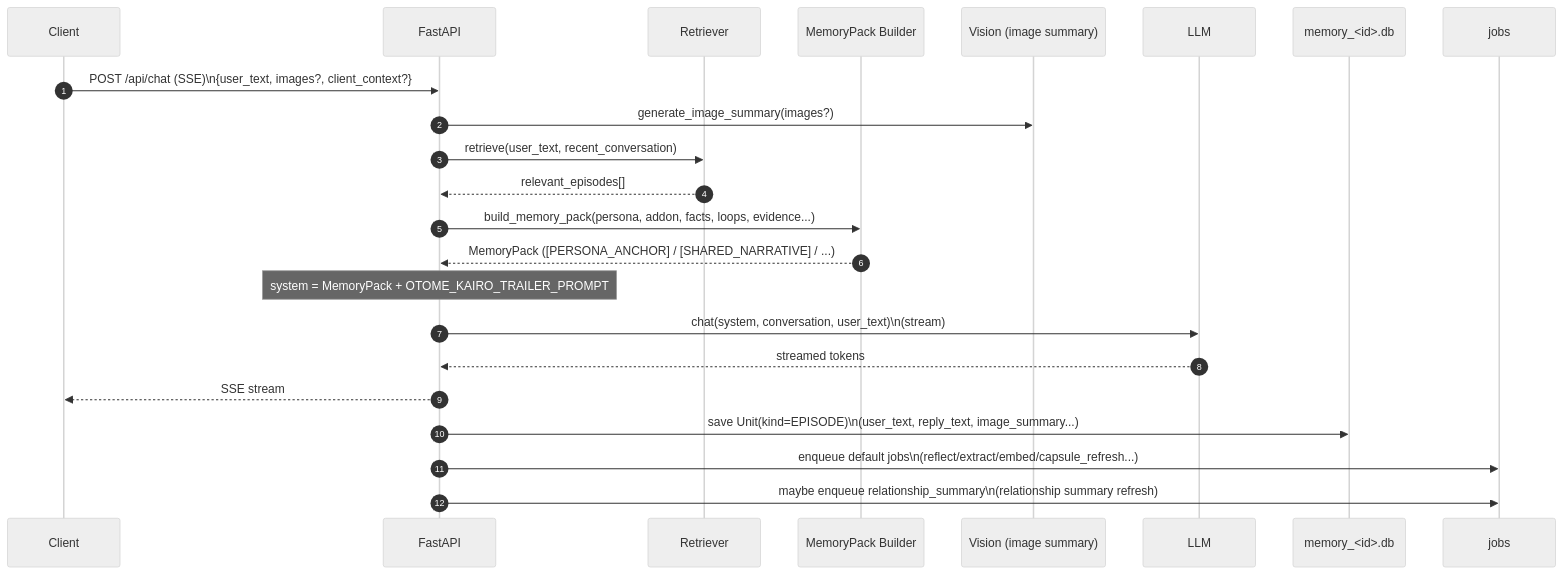
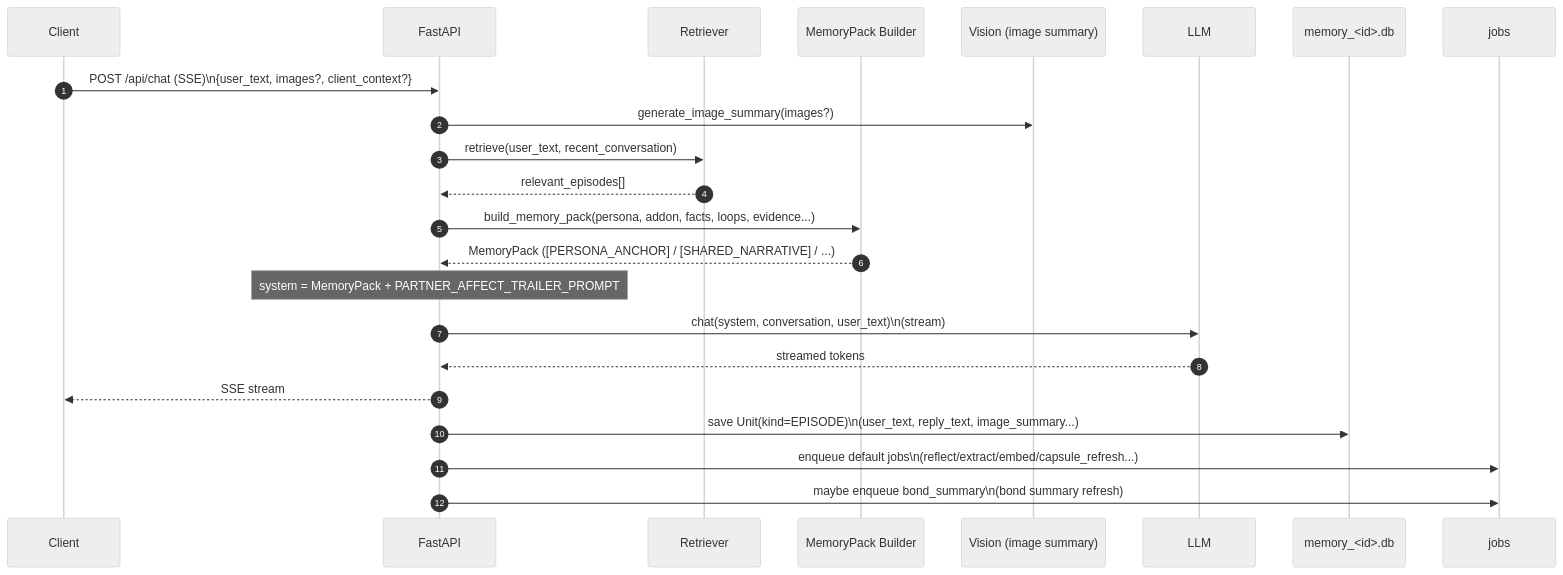
The third of 4 diagrams in docs/prompt_usage_map.md (hirona98/cocoro_ghost), drawn with Mermaid (neutral theme) before and after one commit. The commit also changed other lines of this file and 19 other files, not shown here.

````diff
--- a/docs/prompt_usage_map.md
+++ b/docs/prompt_usage_map.md
@@ -160,26 +160,26 @@
 ```mermaid
 sequenceDiagram
   autonumber
   participant UI as Client
   participant API as FastAPI
   participant RET as Retriever
   participant SCH as MemoryPack Builder
   participant VIS as Vision (image summary)
   participant LLM as LLM
   participant DB as memory_<id>.db
   participant Q as jobs
 
   UI->>API: POST /api/chat (SSE)\n{user_text, images?, client_context?}
   API->>VIS: generate_image_summary(images?)
   API->>RET: retrieve(user_text, recent_conversation)
   RET-->>API: relevant_episodes[]
   API->>SCH: build_memory_pack(persona, addon, facts, loops, evidence...)
   SCH-->>API: MemoryPack ([PERSONA_ANCHOR] / [SHARED_NARRATIVE] / ...)
-  Note over API: system = MemoryPack + OTOME_KAIRO_TRAILER_PROMPT
+  Note over API: system = MemoryPack + PARTNER_AFFECT_TRAILER_PROMPT
   API->>LLM: chat(system, conversation, user_text)\n(stream)
   LLM-->>API: streamed tokens
   API-->>UI: SSE stream
   API->>DB: save Unit(kind=EPISODE)\n(user_text, reply_text, image_summary...)
   API->>Q: enqueue default jobs\n(reflect/extract/embed/capsule_refresh...)
-  API->>Q: maybe enqueue relationship_summary\n(relationship summary refresh)
+  API->>Q: maybe enqueue bond_summary\n(bond summary refresh)
 ```
````
